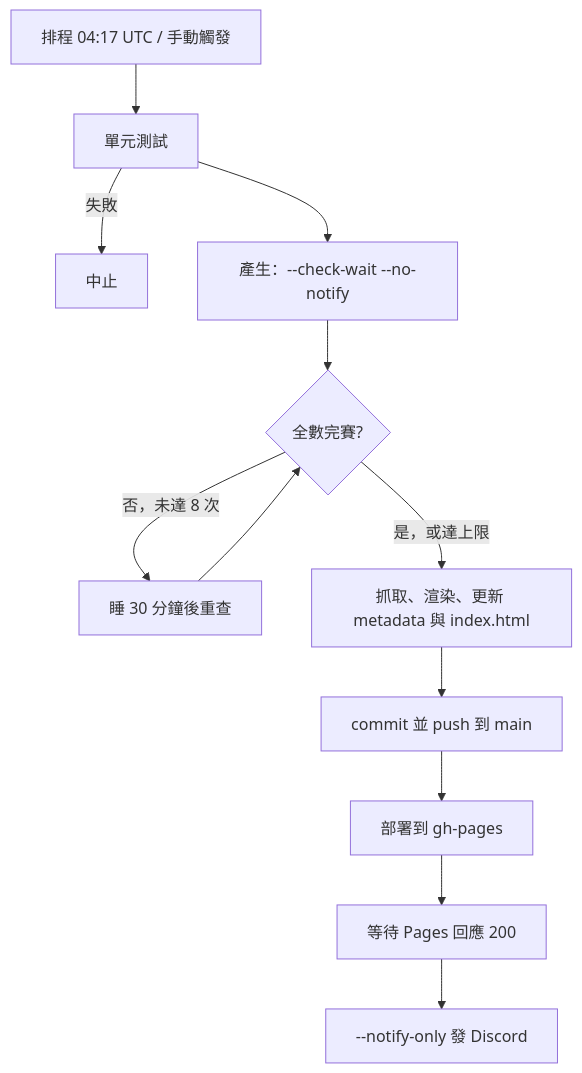
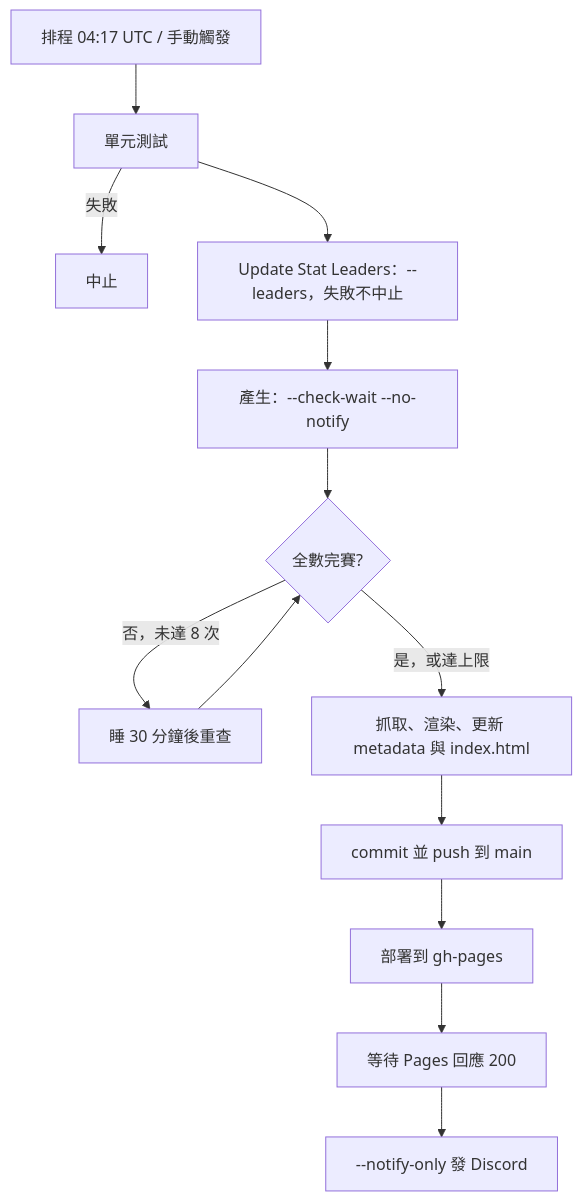
The diagram in docs/architecture.md (haolun588/MLB-daily), drawn with Mermaid before and after one commit. The commit also changed other lines of this file and 26 other files, not shown here.

````diff
--- a/docs/architecture.md
+++ b/docs/architecture.md
@@ -40,14 +40,15 @@
 ```mermaid
 graph TD
     A[排程 04:17 UTC / 手動觸發] --> T[單元測試]
     T -->|失敗| X[中止]
-    T --> B[產生：--check-wait --no-notify]
+    T --> L[Update Stat Leaders：--leaders，失敗不中止]
+    L --> B[產生：--check-wait --no-notify]
     B --> C{全數完賽?}
     C -->|否，未達 8 次| D[睡 30 分鐘後重查]
     D --> C
     C -->|是，或達上限| E[抓取、渲染、更新 metadata 與 index.html]
     E --> F[commit 並 push 到 main]
     F --> G[部署到 gh-pages]
     G --> H[等待 Pages 回應 200]
     H --> I[--notify-only 發 Discord]
 ```
````
